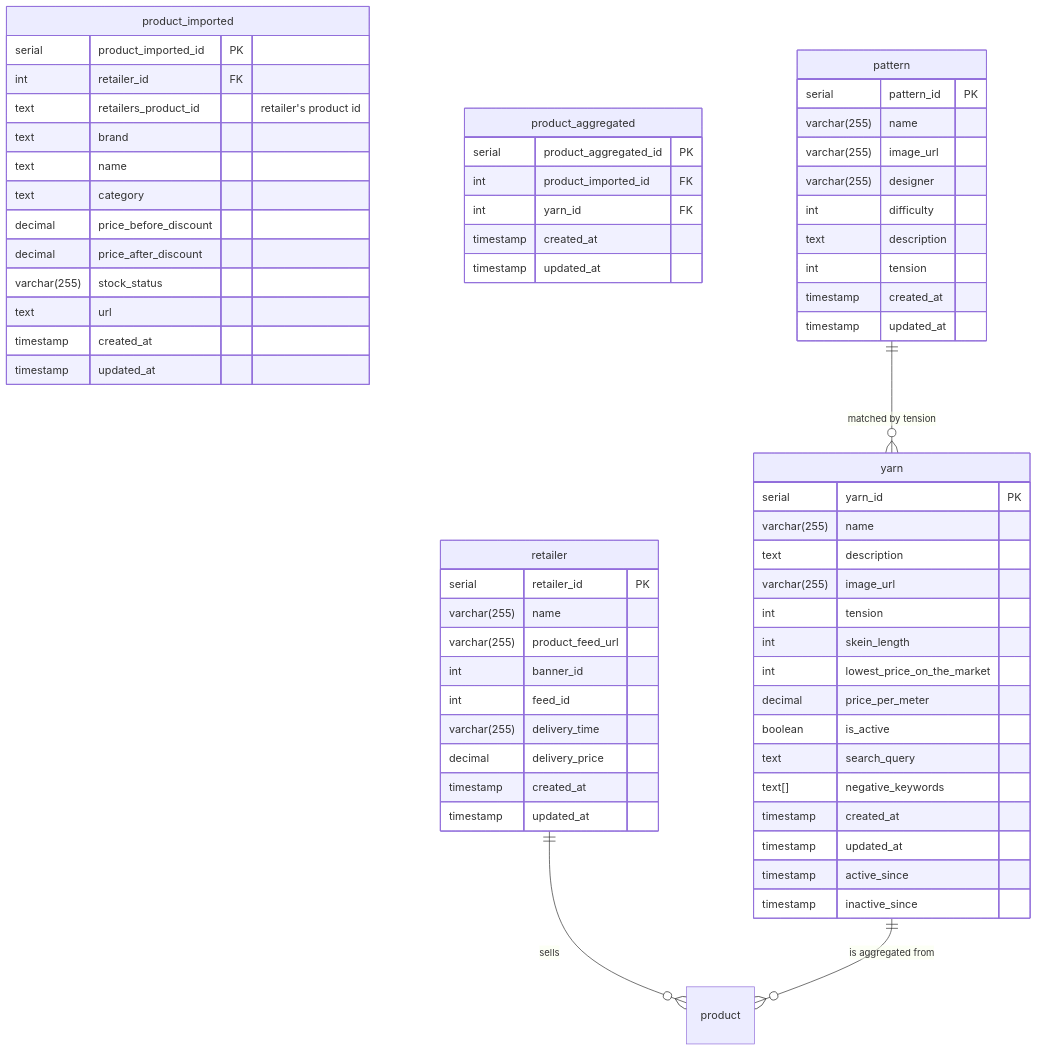
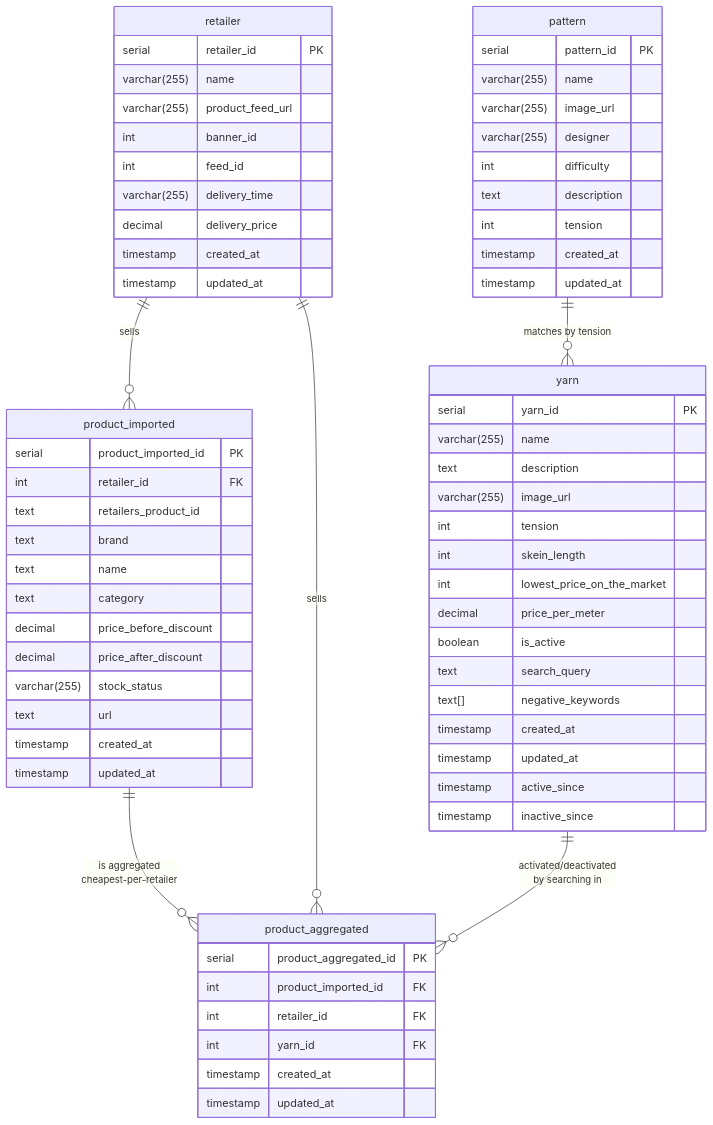
Before and after one commit to rasmusbulriksen/garnalternativer.dk: the diagram in backend/diagrams/er-diagram.md, drawn with Mermaid. The commit also changed other lines of this file, not shown here.

Commit message:
Updated er diagram

````diff
--- a/backend/diagrams/er-diagram.md
+++ b/backend/diagrams/er-diagram.md
@@ -3,72 +3,74 @@
 ```mermaid
 erDiagram
     retailer {
         serial retailer_id PK
         varchar(255) name
         varchar(255) product_feed_url
         int banner_id
         int feed_id
         varchar(255) delivery_time
         decimal delivery_price
         timestamp created_at
         timestamp updated_at
     }
 
     product_imported {
         serial product_imported_id PK
         int retailer_id FK
-        text retailers_product_id "retailer's product id"
+        text retailers_product_id
         text brand
         text name
         text category
         decimal price_before_discount
         decimal price_after_discount
         varchar(255) stock_status
         text url
         timestamp created_at
         timestamp updated_at
     }
 
     product_aggregated {
         serial product_aggregated_id PK
         int product_imported_id FK
+        int retailer_id FK
         int yarn_id FK
         timestamp created_at
         timestamp updated_at
     }
 
     yarn {
         serial yarn_id PK
         varchar(255) name
         text description
         varchar(255) image_url
         int tension
         int skein_length
         int lowest_price_on_the_market
         decimal price_per_meter
         boolean is_active
         text search_query
         text[] negative_keywords
         timestamp created_at
         timestamp updated_at
         timestamp active_since
         timestamp inactive_since
     }
 
     pattern {
         serial pattern_id PK
         varchar(255) name
         varchar(255) image_url
         varchar(255) designer
         int difficulty
         text description
         int tension
         timestamp created_at
         timestamp updated_at
     }
 
-    retailer ||--o{ product : "sells"
-    yarn ||--o{ product : "is aggregated from"
-    pattern ||--o{ yarn : "matched by tension"
-
+    product_imported ||--o{ product_aggregated : "is aggregated <br>cheapest-per-retailer"
+    retailer ||--o{ product_imported : "sells"
+    retailer ||--o{ product_aggregated : "sells"
+    yarn ||--o{ product_aggregated : "activated/deactivated <br> by searching in"
+    pattern ||--o{ yarn : "matches by tension"
 ```
````
